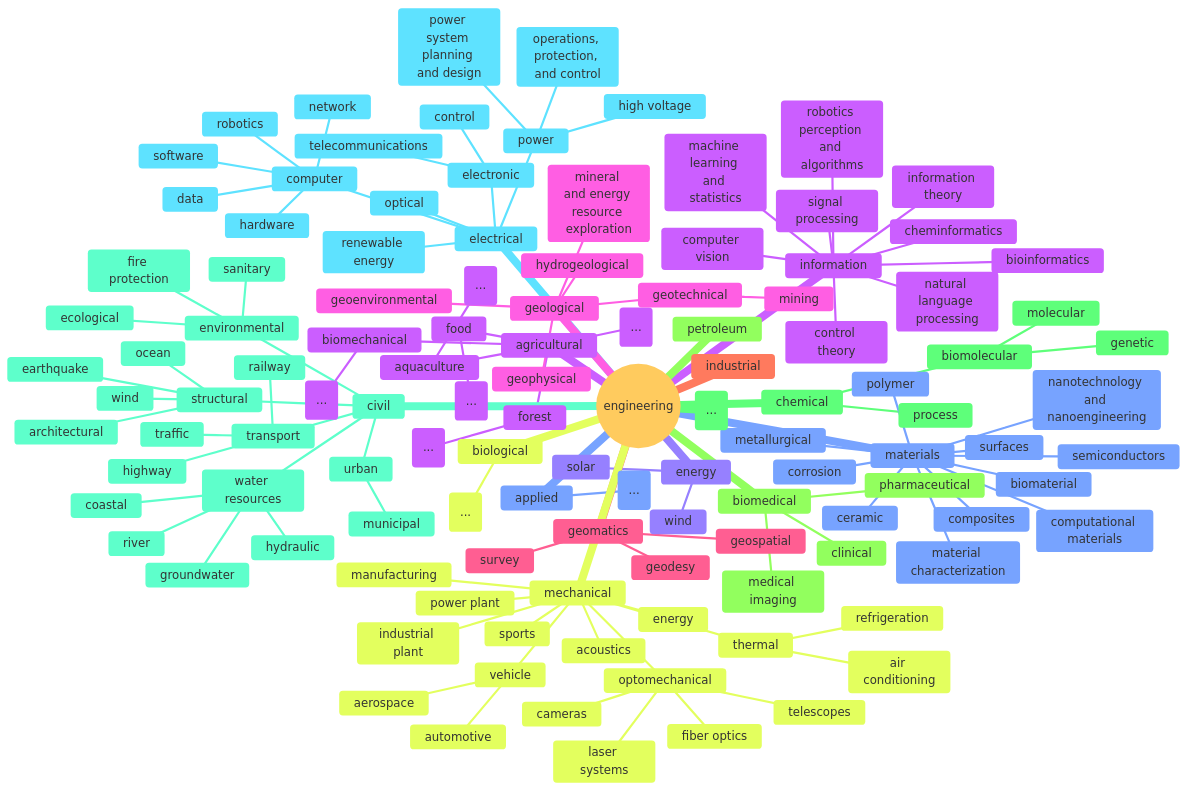
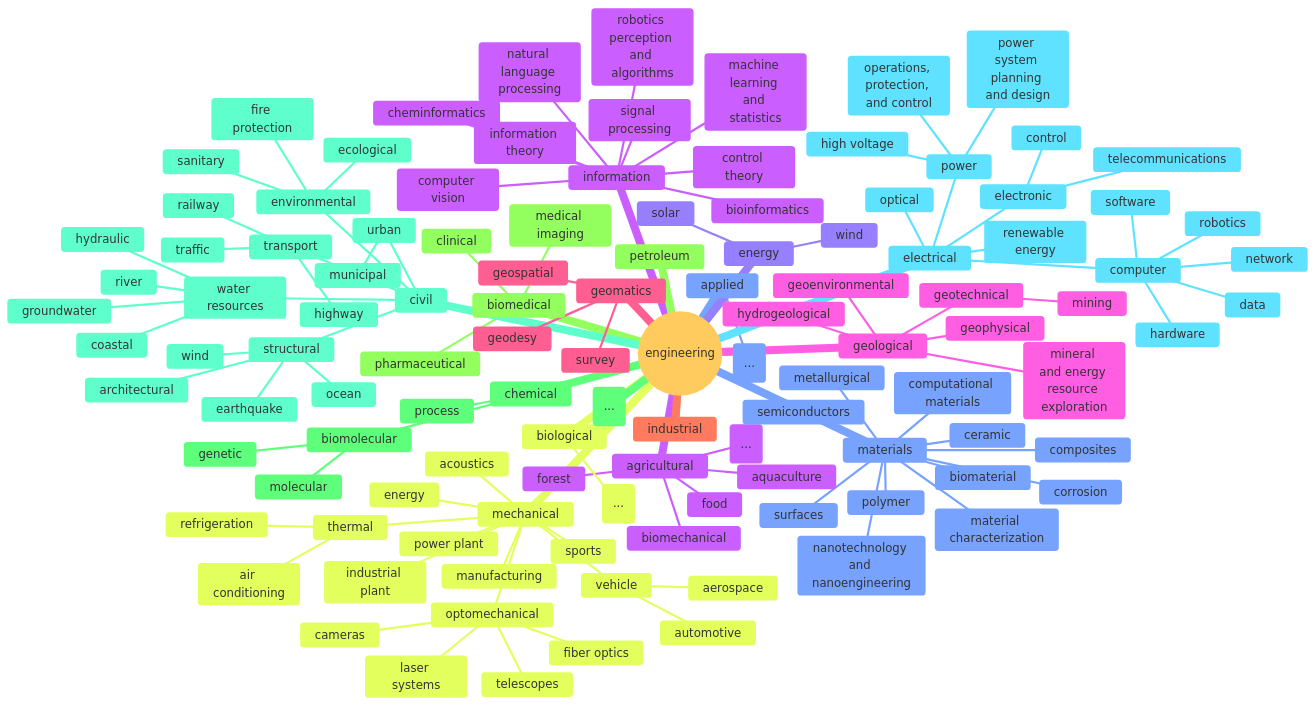
One commit to nimbinatus/taxonomy changed the tenth of 18 diagrams in docs/full_taxonomy.md. Above: the diagram before and after it, drawn with Mermaid. The commit also changed other lines of this file, not shown here.

```diff
--- a/docs/full_taxonomy.md
+++ b/docs/full_taxonomy.md
@@ -404,13 +518,9 @@
     root((engineering))
         agricultural
             aquaculture
-                id(...)
             biomechanical
-                id(...)
             food
-                id(...)
             forest
-                id(...)
             id(...)
         applied
             id(...)
```
